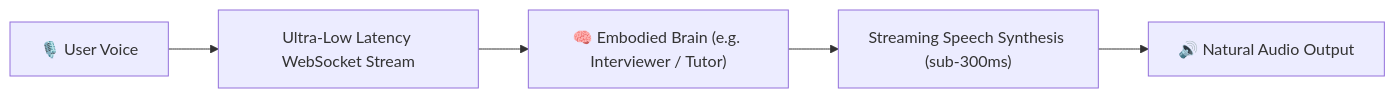
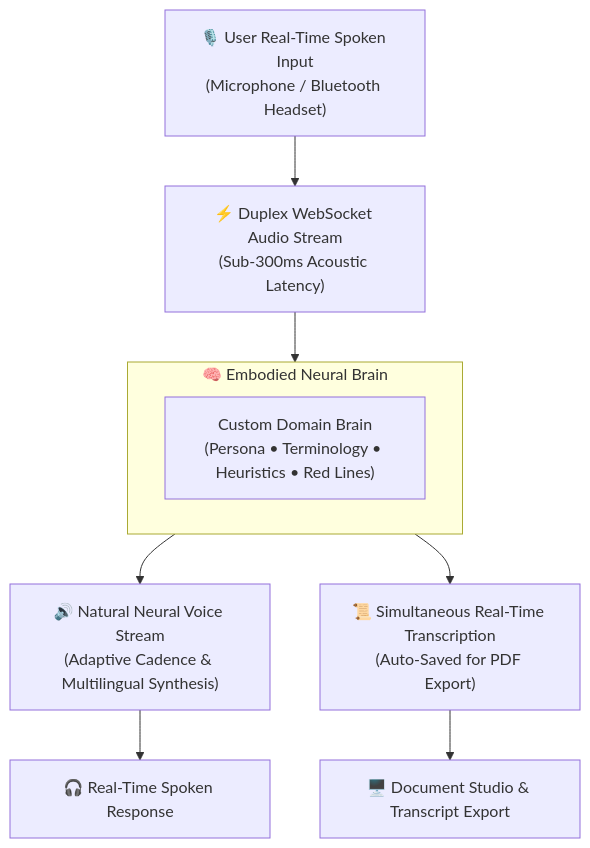
One commit to gosutox/gosutox-docs changed the diagram in talk/overview.mdx. Above: the diagram before and after it, drawn with Mermaid. The commit also changed other lines of this file and 3 other files, not shown here.

Commit message:
docs(talk): elevate all 4 talk pages with duplex websocket audio architecture, embodied voice personas, and mobile hands-free scenarios

````diff
--- a/talk/overview.mdx
+++ b/talk/overview.mdx
@@ -10,7 +12,15 @@
 ```mermaid
-flowchart LR
-    User["🎙️ User Voice"] --> WS["Ultra-Low Latency WebSocket Stream"]
-    WS --> Brain["🧠 Embodied Brain (e.g. Interviewer / Tutor)"]
-    Brain --> Synthesis["Streaming Speech Synthesis (sub-300ms)"]
-    Synthesis --> Output["🔊 Natural Audio Output"]
+flowchart TD
+    User["🎙️ User Real-Time Spoken Input\n(Microphone / Bluetooth Headset)"] --> Socket["⚡ Duplex WebSocket Audio Stream\n(Sub-300ms Acoustic Latency)"]
+
+    subgraph Brain_Embodiment ["🧠 Embodied Neural Brain"]
+        B["Custom Domain Brain\n(Persona • Terminology • Heuristics • Red Lines)"]
+    end
+
+    Socket --> Brain_Embodiment
+    Brain_Embodiment --> Audio["🔊 Natural Neural Voice Stream\n(Adaptive Cadence & Multilingual Synthesis)"]
+    Brain_Embodiment --> Text["📜 Simultaneous Real-Time Transcription\n(Auto-Saved for PDF Export)"]
+
+    Audio --> Speaker["🎧 Real-Time Spoken Response"]
+    Text --> Studio["🖥️ Document Studio & Transcript Export"]
 ```
````
